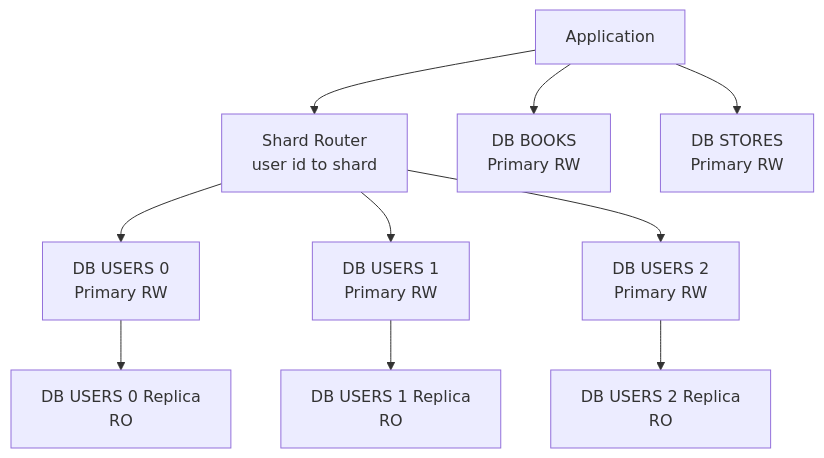
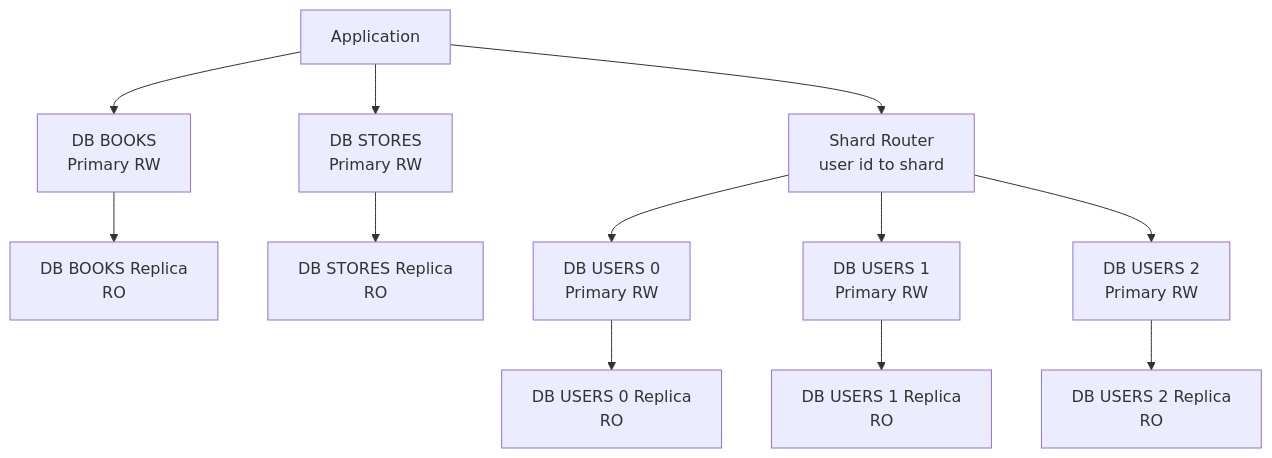
Before and after one commit to acider19/8-01-hw: the second of 2 diagrams in README.md, drawn with Mermaid. The commit also changed other lines of this file, not shown here.

````diff
--- a/README.md
+++ b/README.md
@@ -126,15 +181,18 @@
 ```mermaid
 flowchart TB
   APP[Application] --> R[Shard Router<br/>user id to shard]
 
   APP --> BOOKS[DB BOOKS<br/>Primary RW]
   APP --> STORES[DB STORES<br/>Primary RW]
+
+  BOOKS --> BOOKSRO[DB BOOKS Replica<br/>RO]
+  STORES --> STORESRO[DB STORES Replica<br/>RO]
 
   R --> U0[DB USERS 0<br/>Primary RW]
   R --> U1[DB USERS 1<br/>Primary RW]
   R --> U2[DB USERS 2<br/>Primary RW]
 
   U0 --> U0RO[DB USERS 0 Replica<br/>RO]
   U1 --> U1RO[DB USERS 1 Replica<br/>RO]
   U2 --> U2RO[DB USERS 2 Replica<br/>RO]
 ```
````
